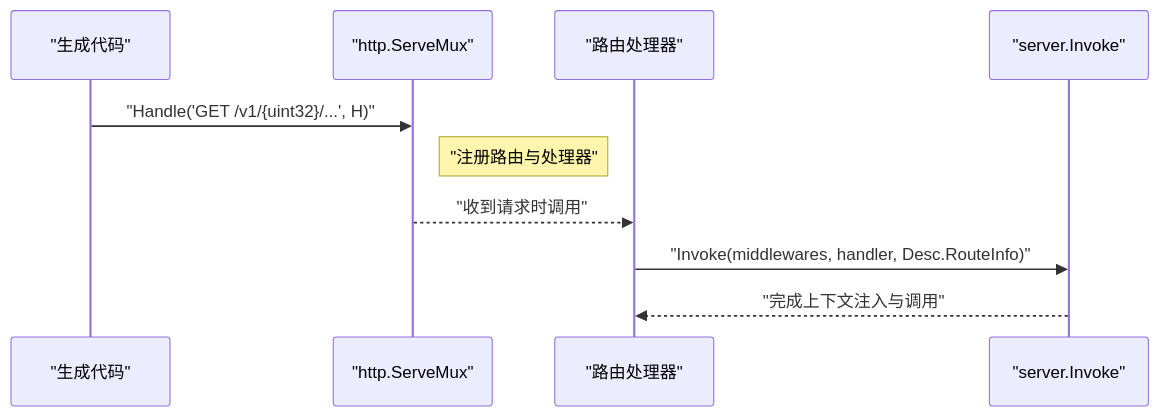
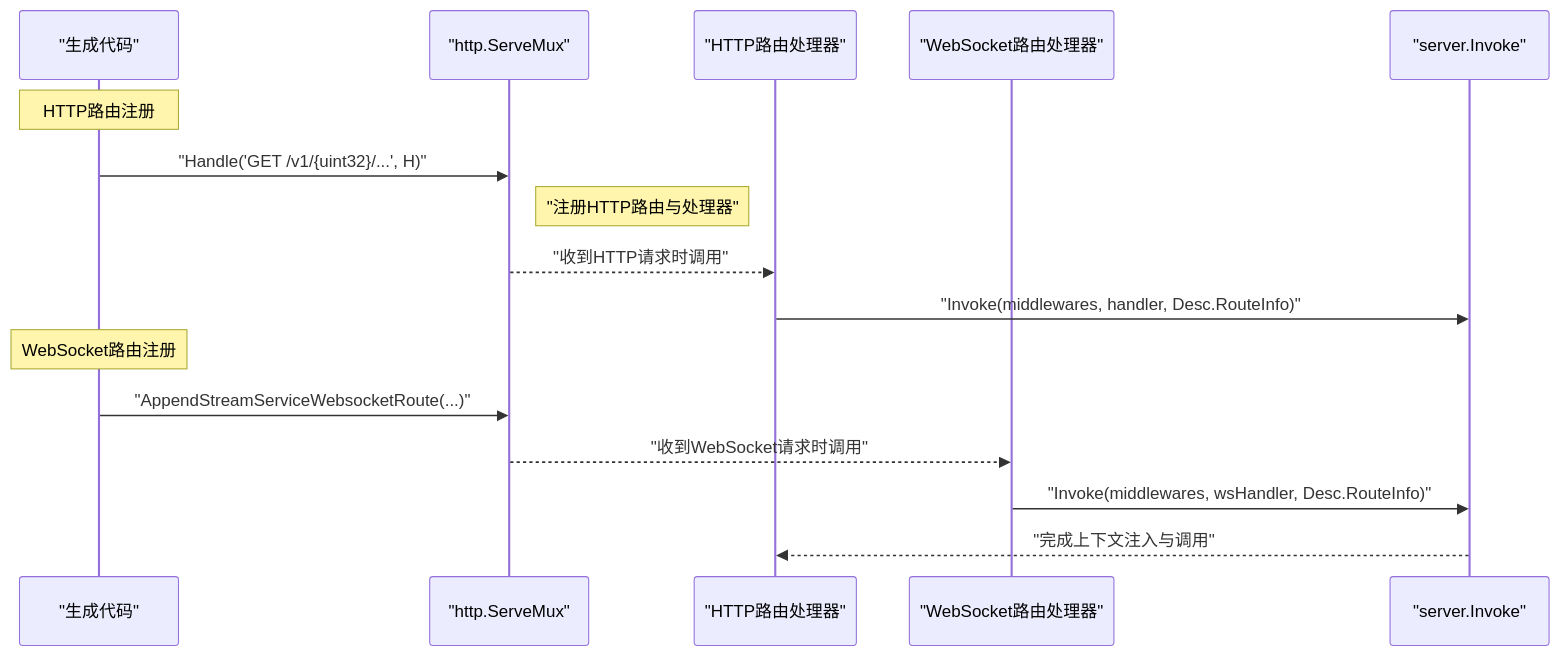
Before and after one commit to soyacen/goose: the fourth of 10 diagrams in .agents/repowiki/zh/content/HTTP 服务器框架/路由管理和处理.md, drawn with Mermaid. The commit also changed other lines of this file and 3 other files, not shown here.

````diff
--- a/.agents/repowiki/zh/content/HTTP 服务器框架/路由管理和处理.md
+++ b/.agents/repowiki/zh/content/HTTP 服务器框架/路由管理和处理.md
@@ -190,12 +237,18 @@
 ```mermaid
 sequenceDiagram
 participant Gen as "生成代码"
 participant Mux as "http.ServeMux"
-participant H as "路由处理器"
+participant H as "HTTP路由处理器"
+participant WH as "WebSocket路由处理器"
 participant Inv as "server.Invoke"
+Note over Gen : HTTP路由注册
 Gen->>Mux : "Handle('GET /v1/{uint32}/...', H)"
-Note right of Mux : "注册路由与处理器"
-Mux-->>H : "收到请求时调用"
+Note right of Mux : "注册HTTP路由与处理器"
+Mux-->>H : "收到HTTP请求时调用"
 H->>Inv : "Invoke(middlewares, handler, Desc.RouteInfo)"
+Note over Gen : WebSocket路由注册
+Gen->>Mux : "AppendStreamServiceWebsocketRoute(...)"
+Mux-->>WH : "收到WebSocket请求时调用"
+WH->>Inv : "Invoke(middlewares, wsHandler, Desc.RouteInfo)"
 Inv-->>H : "完成上下文注入与调用"
 ```
````
